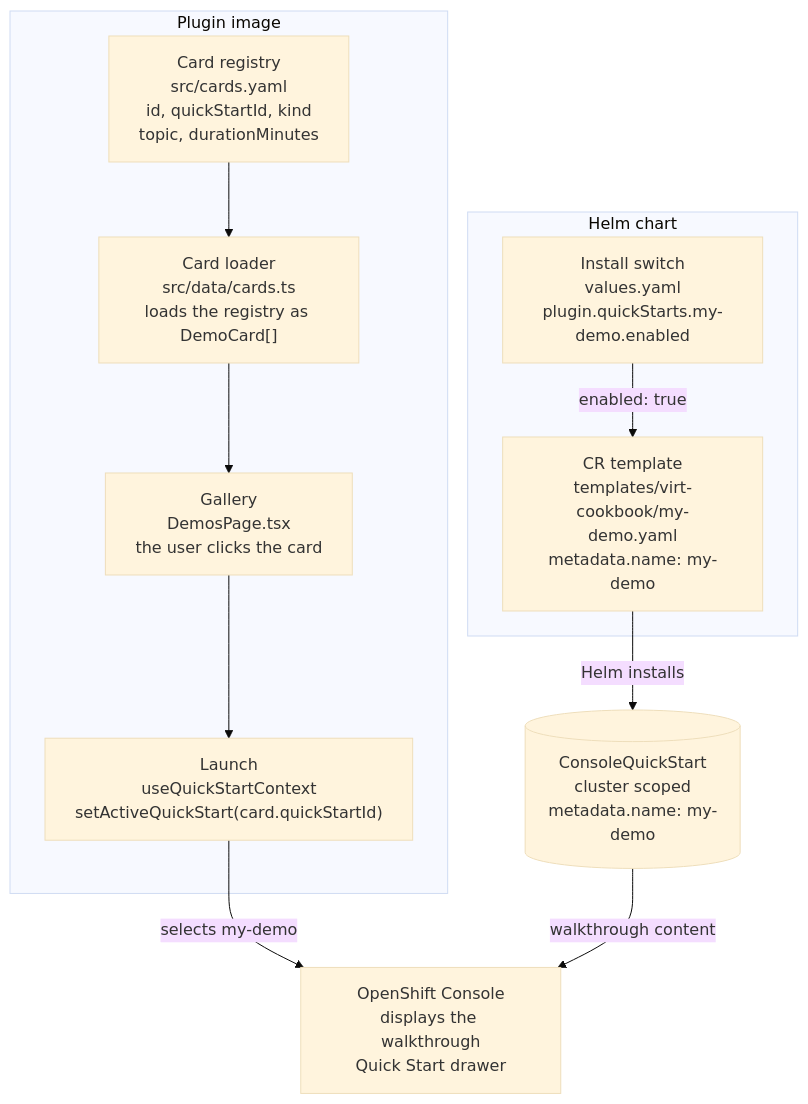
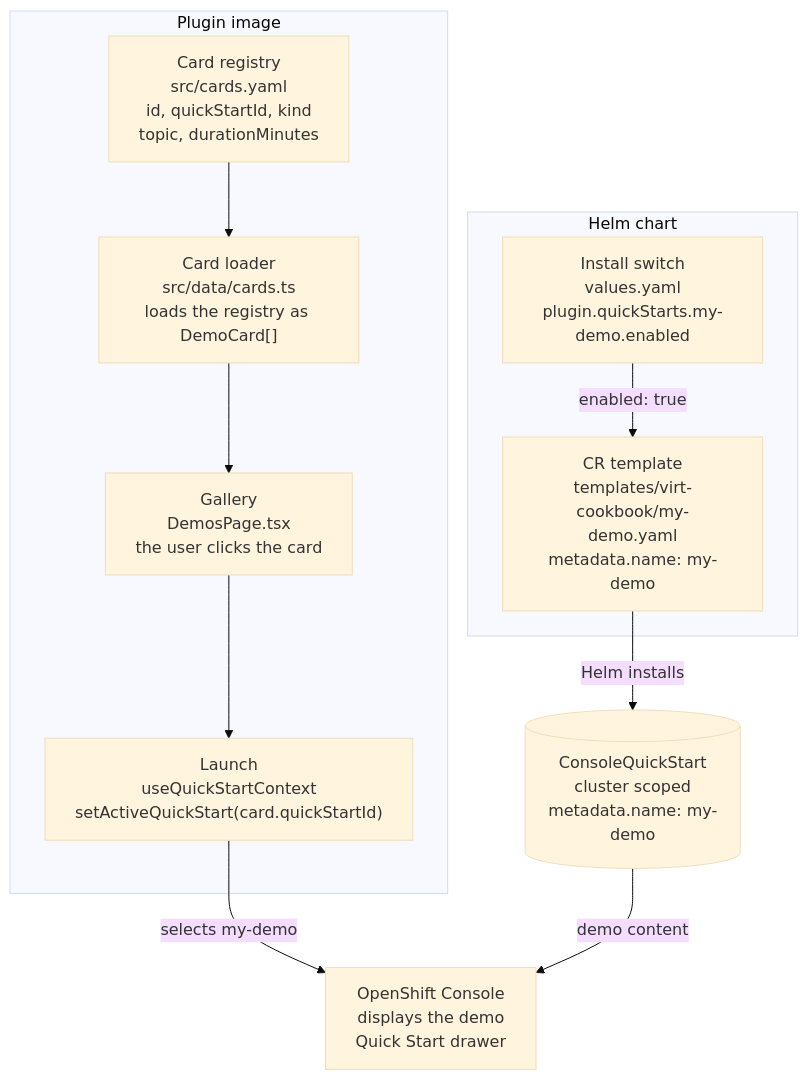
Before and after one commit to redhat-openshift-partner-labs/console-plugin: the second of 3 diagrams in README.md, drawn with Mermaid (base theme). The commit also changed other lines of this file and 3 other files, not shown here.

````diff
--- a/README.md
+++ b/README.md
@@ -92,24 +92,24 @@
 ```mermaid
 flowchart TB
     subgraph plugin["Plugin image"]
         card["Card registry<br/>src/cards.yaml<br/>id, quickStartId, kind<br/>topic, durationMinutes"]
         loader["Card loader<br/>src/data/cards.ts<br/>loads the registry as DemoCard[]"]
         gallery["Gallery<br/>DemosPage.tsx<br/>the user clicks the card"]
         launch["Launch<br/>useQuickStartContext<br/>setActiveQuickStart(card.quickStartId)"]
         card --> loader --> gallery --> launch
     end
 
     subgraph chart["Helm chart"]
         values["Install switch<br/>values.yaml<br/>plugin.quickStarts.my-demo.enabled"]
         manifest["CR template<br/>templates/virt-cookbook/my-demo.yaml<br/>metadata.name: my-demo"]
         values -->|"enabled: true"| manifest
     end
 
     manifest -->|"Helm installs"| resource[("ConsoleQuickStart<br/>cluster scoped<br/>metadata.name: my-demo")]
-    launch -->|"selects my-demo"| console["OpenShift Console<br/>displays the walkthrough<br/>Quick Start drawer"]
-    resource -->|"walkthrough content"| console
+    launch -->|"selects my-demo"| console["OpenShift Console<br/>displays the demo<br/>Quick Start drawer"]
+    resource -->|"demo content"| console
     %% One name: the card id, quickStartId, template filename, metadata.name, and the Helm switch use the same name
     %% Labels: durationMinutes must equal spec.durationMinutes; topic is one of setup, create, operate, networking, windows
     %% Local server: yarn start does not install the resource, and the gallery does not check whether it exists
     %% Disabled switch: enabled: false omits the resource but leaves the card in the bundle
 ```
````
